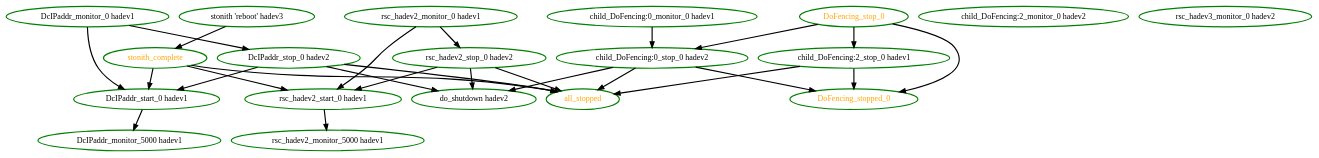
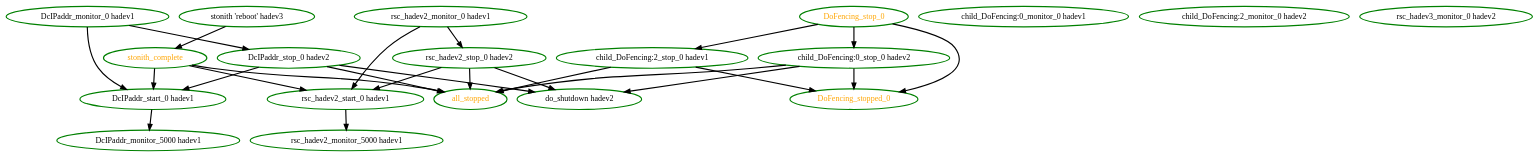
The diagram in pengine/test10/594.dot (ClusterLabs/pacemaker), drawn with Graphviz before and after one commit. The commit also changed 59 other files, not shown here.

```diff
--- a/pengine/test10/594.dot
+++ b/pengine/test10/594.dot
@@ -1,46 +1,45 @@
 digraph "g" {
 "DcIPaddr_monitor_0 hadev1" -> "DcIPaddr_start_0 hadev1" [ style = bold]
 "DcIPaddr_monitor_0 hadev1" -> "DcIPaddr_stop_0 hadev2" [ style = bold]
 "DcIPaddr_monitor_0 hadev1" [ style=bold color="green" fontcolor="black" ]
 "DcIPaddr_monitor_5000 hadev1" [ style=bold color="green" fontcolor="black" ]
 "DcIPaddr_start_0 hadev1" -> "DcIPaddr_monitor_5000 hadev1" [ style = bold]
 "DcIPaddr_start_0 hadev1" [ style=bold color="green" fontcolor="black" ]
 "DcIPaddr_stop_0 hadev2" -> "DcIPaddr_start_0 hadev1" [ style = bold]
 "DcIPaddr_stop_0 hadev2" -> "all_stopped" [ style = bold]
 "DcIPaddr_stop_0 hadev2" -> "do_shutdown hadev2" [ style = bold]
 "DcIPaddr_stop_0 hadev2" [ style=bold color="green" fontcolor="black" ]
 "DoFencing_stop_0" -> "DoFencing_stopped_0" [ style = bold]
 "DoFencing_stop_0" -> "child_DoFencing:0_stop_0 hadev2" [ style = bold]
 "DoFencing_stop_0" -> "child_DoFencing:2_stop_0 hadev1" [ style = bold]
 "DoFencing_stop_0" [ style=bold color="green" fontcolor="orange" ]
 "DoFencing_stopped_0" [ style=bold color="green" fontcolor="orange" ]
 "all_stopped" [ style=bold color="green" fontcolor="orange" ]
-"child_DoFencing:0_monitor_0 hadev1" -> "child_DoFencing:0_stop_0 hadev2" [ style = bold]
 "child_DoFencing:0_monitor_0 hadev1" [ style=bold color="green" fontcolor="black" ]
 "child_DoFencing:0_stop_0 hadev2" -> "DoFencing_stopped_0" [ style = bold]
 "child_DoFencing:0_stop_0 hadev2" -> "all_stopped" [ style = bold]
 "child_DoFencing:0_stop_0 hadev2" -> "do_shutdown hadev2" [ style = bold]
 "child_DoFencing:0_stop_0 hadev2" [ style=bold color="green" fontcolor="black" ]
 "child_DoFencing:2_monitor_0 hadev2" [ style=bold color="green" fontcolor="black" ]
 "child_DoFencing:2_stop_0 hadev1" -> "DoFencing_stopped_0" [ style = bold]
 "child_DoFencing:2_stop_0 hadev1" -> "all_stopped" [ style = bold]
 "child_DoFencing:2_stop_0 hadev1" [ style=bold color="green" fontcolor="black" ]
 "do_shutdown hadev2" [ style=bold color="green" fontcolor="black" ]
 "rsc_hadev2_monitor_0 hadev1" -> "rsc_hadev2_start_0 hadev1" [ style = bold]
 "rsc_hadev2_monitor_0 hadev1" -> "rsc_hadev2_stop_0 hadev2" [ style = bold]
 "rsc_hadev2_monitor_0 hadev1" [ style=bold color="green" fontcolor="black" ]
 "rsc_hadev2_monitor_5000 hadev1" [ style=bold color="green" fontcolor="black" ]
 "rsc_hadev2_start_0 hadev1" -> "rsc_hadev2_monitor_5000 hadev1" [ style = bold]
 "rsc_hadev2_start_0 hadev1" [ style=bold color="green" fontcolor="black" ]
 "rsc_hadev2_stop_0 hadev2" -> "all_stopped" [ style = bold]
 "rsc_hadev2_stop_0 hadev2" -> "do_shutdown hadev2" [ style = bold]
 "rsc_hadev2_stop_0 hadev2" -> "rsc_hadev2_start_0 hadev1" [ style = bold]
 "rsc_hadev2_stop_0 hadev2" [ style=bold color="green" fontcolor="black" ]
 "rsc_hadev3_monitor_0 hadev2" [ style=bold color="green" fontcolor="black" ]
 "stonith 'reboot' hadev3" -> "stonith_complete" [ style = bold]
 "stonith 'reboot' hadev3" [ style=bold color="green" fontcolor="black"]
 "stonith_complete" -> "DcIPaddr_start_0 hadev1" [ style = bold]
 "stonith_complete" -> "all_stopped" [ style = bold]
 "stonith_complete" -> "rsc_hadev2_start_0 hadev1" [ style = bold]
 "stonith_complete" [ style=bold color="green" fontcolor="orange" ]
 }
```
